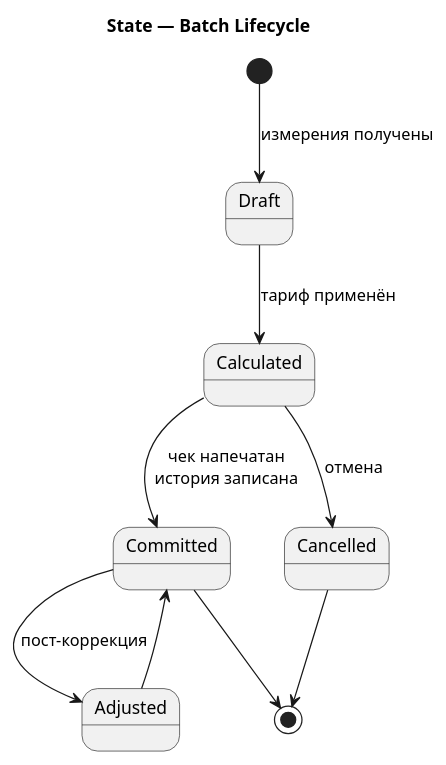
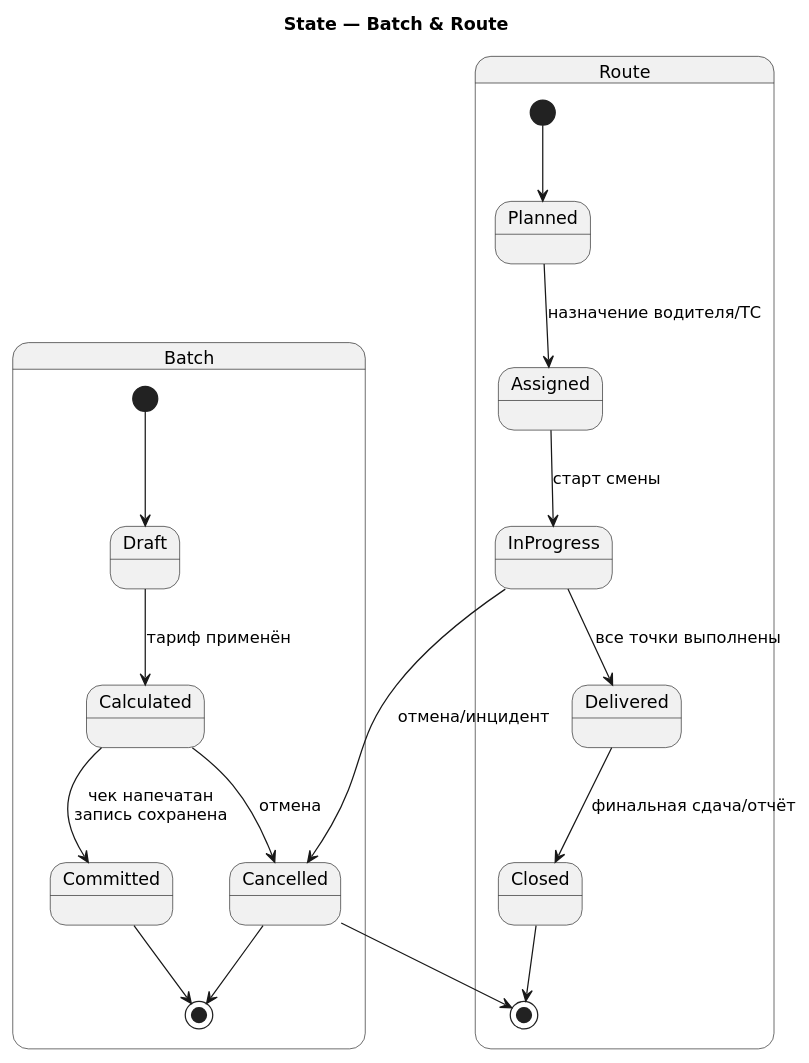
The diagram in docs/uml/state.puml (r4m63/Waste-Management), drawn with PlantUML before and after one commit. The commit also changed 8 other files, not shown here.

Commit message:
docs: uml architecture

```diff
--- a/docs/uml/state.puml
+++ b/docs/uml/state.puml
@@ -1,11 +1,24 @@
 @startuml
-title State — Batch Lifecycle
-[*] --> Draft : измерения получены
-Draft --> Calculated : тариф применён
-Calculated --> Committed : чек напечатан\nистория записана
-Calculated --> Cancelled : отмена
-Committed --> Adjusted : пост-коррекция
-Adjusted --> Committed
-Committed --> [*]
-Cancelled --> [*]
+title State — Batch & Route
+skinparam defaultFontName "DejaVu Sans"
+
+state "Batch" as B {
+  [*] --> Draft
+  Draft --> Calculated : тариф применён
+  Calculated --> Committed : чек напечатан\nзапись сохранена
+  Calculated --> Cancelled : отмена
+  Committed --> [*]
+  Cancelled --> [*]
+}
+
+state "Route" as R {
+  [*] --> Planned
+  Planned --> Assigned : назначение водителя/ТС
+  Assigned --> InProgress : старт смены
+  InProgress --> Delivered : все точки выполнены
+  Delivered --> Closed : финальная сдача/отчёт
+  InProgress --> Cancelled : отмена/инцидент
+  Closed --> [*]
+  Cancelled --> [*]
+}
 @enduml
```
